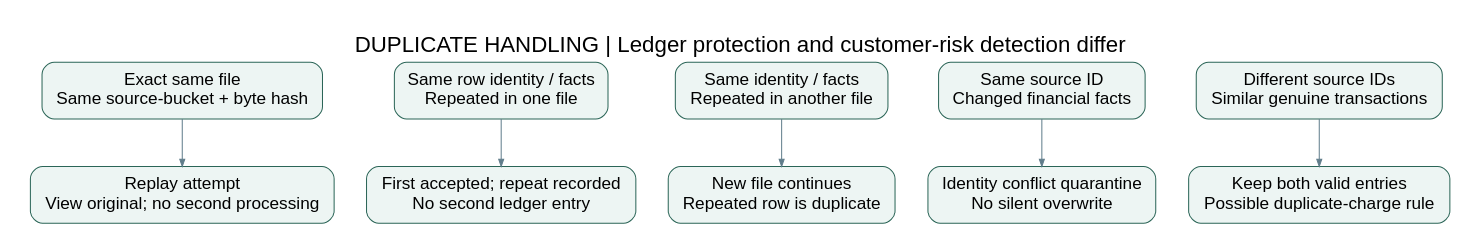
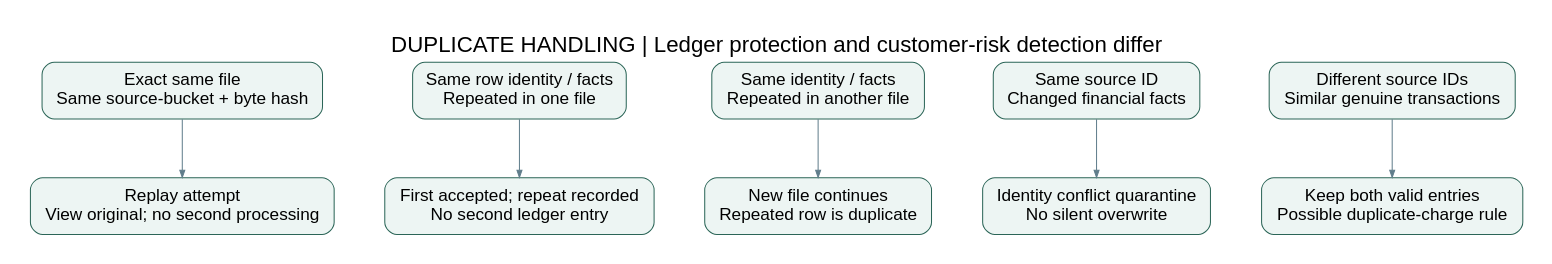
Before and after one commit to Nompil/fintrust: the diagram in docs/presentation/diagram-source/fintrust-release1-duplicate-handling.dot, drawn with Graphviz. The commit also changed 21 other files, not shown here.

Commit message:
Improve presentation diagram layout and readability

```diff
--- a/docs/presentation/diagram-source/fintrust-release1-duplicate-handling.dot
+++ b/docs/presentation/diagram-source/fintrust-release1-duplicate-handling.dot
@@ -1,20 +1,22 @@
+// VIEW: Duplicate Handling
 digraph FinTrust {
 graph [bgcolor="#ffffff",fontname="Arial",fontsize=22,pad=0.3,nodesep=0.45,ranksep=0.65]; node [shape=box,style="rounded,filled",fillcolor="#edf5f3",color="#2b6557",fontname="Arial",fontsize=17,margin="0.18,0.13"]; edge [color="#607d8b",fontname="Arial",fontsize=13,arrowsize=0.7];
+graph [splines=ortho,nodesep=.7,ranksep=.8];
 rankdir=TB; label="DUPLICATE HANDLING | Ledger protection and customer-risk detection differ"; labelloc=t;
 {rank=same;f;s;c;i;g;} {rank=same;fr;sr;cr;ir;gr;}
 f [label="Exact same file\nSame source-bucket + byte hash",shape=box];
 fr [label="Replay attempt\nView original; no second processing",shape=box];
 s [label="Same row identity / facts\nRepeated in one file",shape=box];
 sr [label="First accepted; repeat recorded\nNo second ledger entry",shape=box];
 c [label="Same identity / facts\nRepeated in another file",shape=box];
 cr [label="New file continues\nRepeated row is duplicate",shape=box];
 i [label="Same source ID\nChanged financial facts",shape=box];
 ir [label="Identity conflict quarantine\nNo silent overwrite",shape=box];
 g [label="Different source IDs\nSimilar genuine transactions",shape=box];
 gr [label="Keep both valid entries\nPossible duplicate-charge rule",shape=box];
 f -> fr;
 s -> sr;
 c -> cr;
 i -> ir;
 g -> gr;
 }
```
